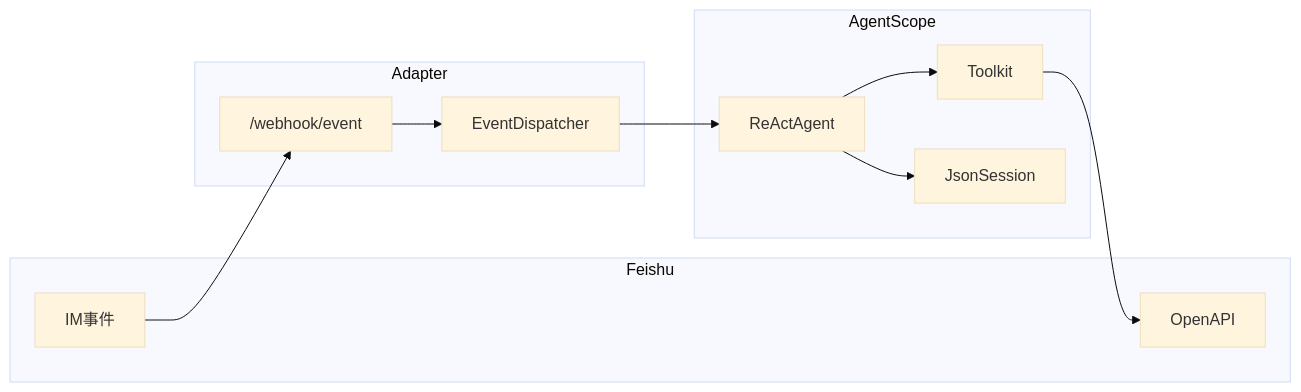
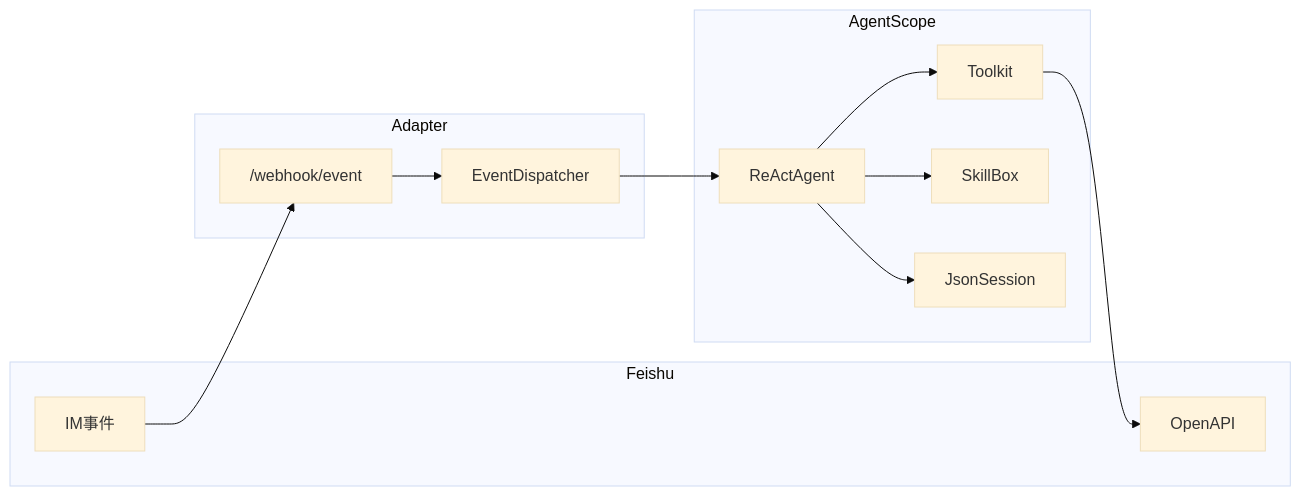
One commit to qjli/agentscope_feishu changed the diagram in README.md. Above: the diagram before and after it, drawn with Mermaid (base theme). The commit also changed other lines of this file and 20 other files, not shown here.

````diff
--- a/README.md
+++ b/README.md
@@ -31,22 +31,24 @@
 ```mermaid
 flowchart LR
   subgraph feishu [Feishu]
     IM[IM事件]
     API[OpenAPI]
   end
   subgraph adapter [Adapter]
     WH["/webhook/event"]
     EVT[EventDispatcher]
   end
   subgraph agentscope [AgentScope]
     AG[ReActAgent]
     TK[Toolkit]
+    SB[SkillBox]
     SS[JsonSession]
   end
   IM --> WH
   WH --> EVT
   EVT --> AG
   AG --> TK
+  AG --> SB
   TK --> API
   AG --> SS
 ```
````
